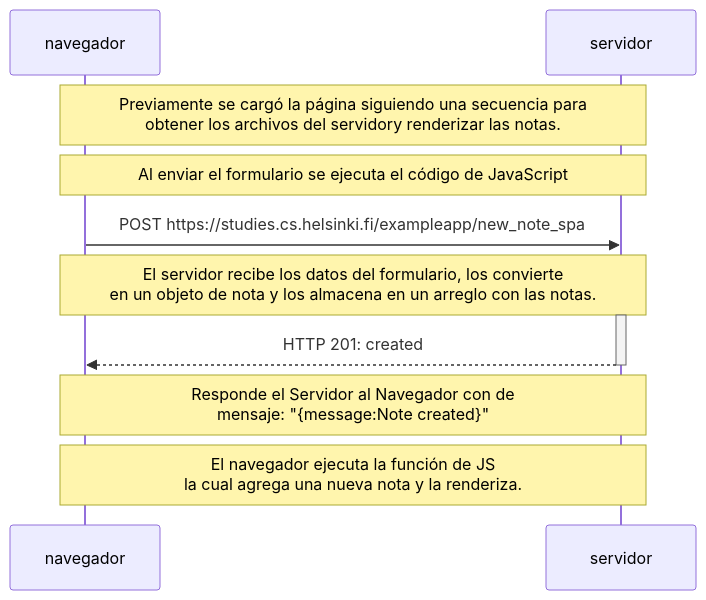
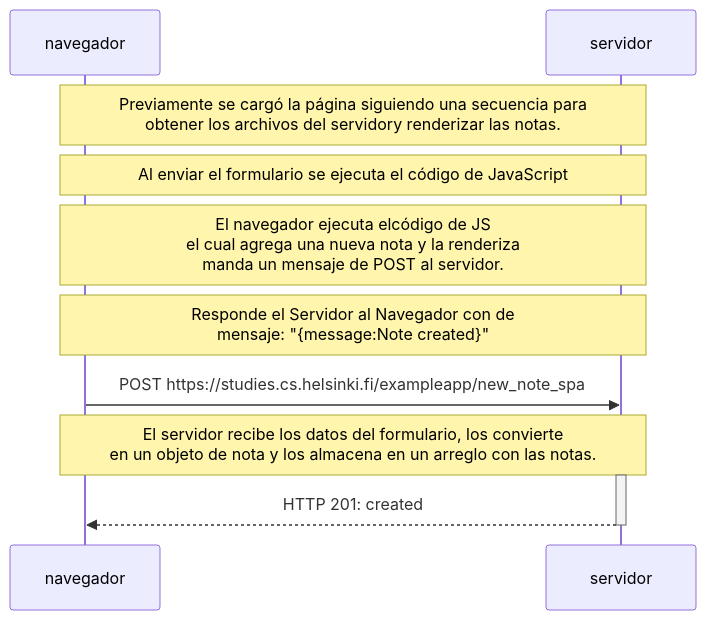
One commit to CuteLoop/fullstack-open changed the diagram in parte-0/ejercicio-0.6.mmd. Above: the diagram before and after it, drawn with Mermaid.

```diff
--- a/parte-0/ejercicio-0.6.mmd
+++ b/parte-0/ejercicio-0.6.mmd
@@ -1,19 +1,17 @@
 
 
 sequenceDiagram
     participant navegador
     participant servidor
 
     Note over navegador,servidor: Previamente se cargó la página siguiendo una secuencia para <br/> obtener los archivos del servidory renderizar las notas.
     Note over navegador,servidor: Al enviar el formulario se ejecuta el código de JavaScript
 
+    Note over navegador,servidor: El navegador ejecuta elcódigo de JS<br/> el cual agrega una nueva nota y la renderiza <br/> manda un mensaje de POST al servidor.
+    Note over navegador,servidor: Responde el Servidor al Navegador con  de <br/> mensaje: "{message:Note created}"
     navegador->>servidor: POST https://studies.cs.helsinki.fi/exampleapp/new_note_spa
     Note over navegador,servidor: El servidor recibe los datos del formulario, los convierte <br/> en un objeto de nota y los almacena en un arreglo con las notas.
     
     activate servidor
     servidor-->>navegador: HTTP 201: created
     deactivate servidor
-
-   Note over navegador,servidor: Responde el Servidor al Navegador con  de <br/> mensaje: "{message:Note created}"
-
-   Note over navegador,servidor: El navegador ejecuta la función de JS<br/> la cual agrega una nueva nota y la renderiza.
```
